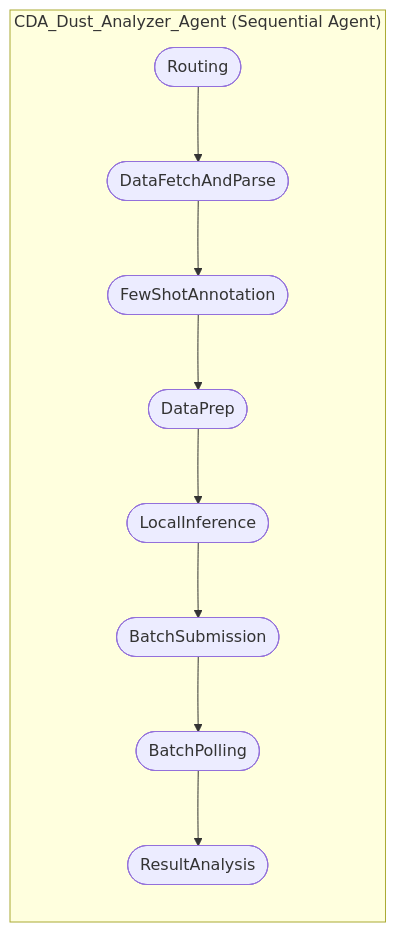
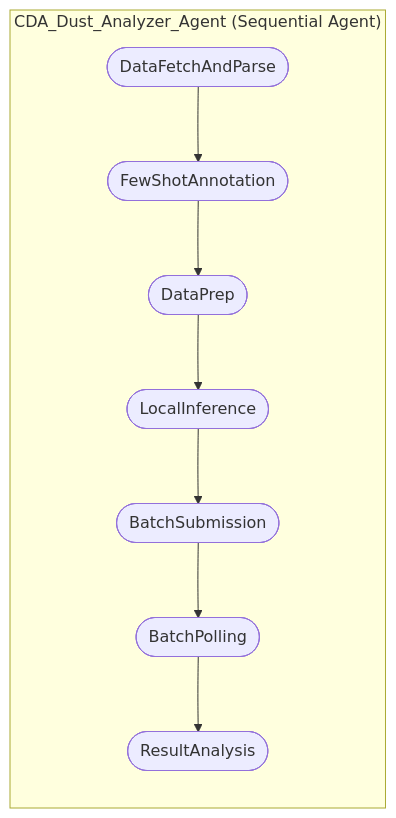
One commit to turanbulmus/cda-dust-analyzer changed the diagram in README.md. Above: the diagram before and after it, drawn with Mermaid. The commit also changed other lines of this file and 5 other files, not shown here.

````diff
--- a/README.md
+++ b/README.md
@@ -21,13 +21,12 @@
 ```mermaid
 flowchart LR
     subgraph "CDA_Dust_Analyzer_Agent (Sequential Agent)"
-        Routing([Routing])
-        Routing --> DataFetchAndParse([DataFetchAndParse])
+        DataFetchAndParse([DataFetchAndParse])
         DataFetchAndParse --> FewShotAnnotation([FewShotAnnotation])
         FewShotAnnotation --> DataPrep([DataPrep])
         DataPrep --> LocalInference([LocalInference])
         LocalInference --> BatchSubmission([BatchSubmission])
         BatchSubmission --> BatchPolling([BatchPolling])
         BatchPolling --> ResultAnalysis([ResultAnalysis])
     end
 ```
````
